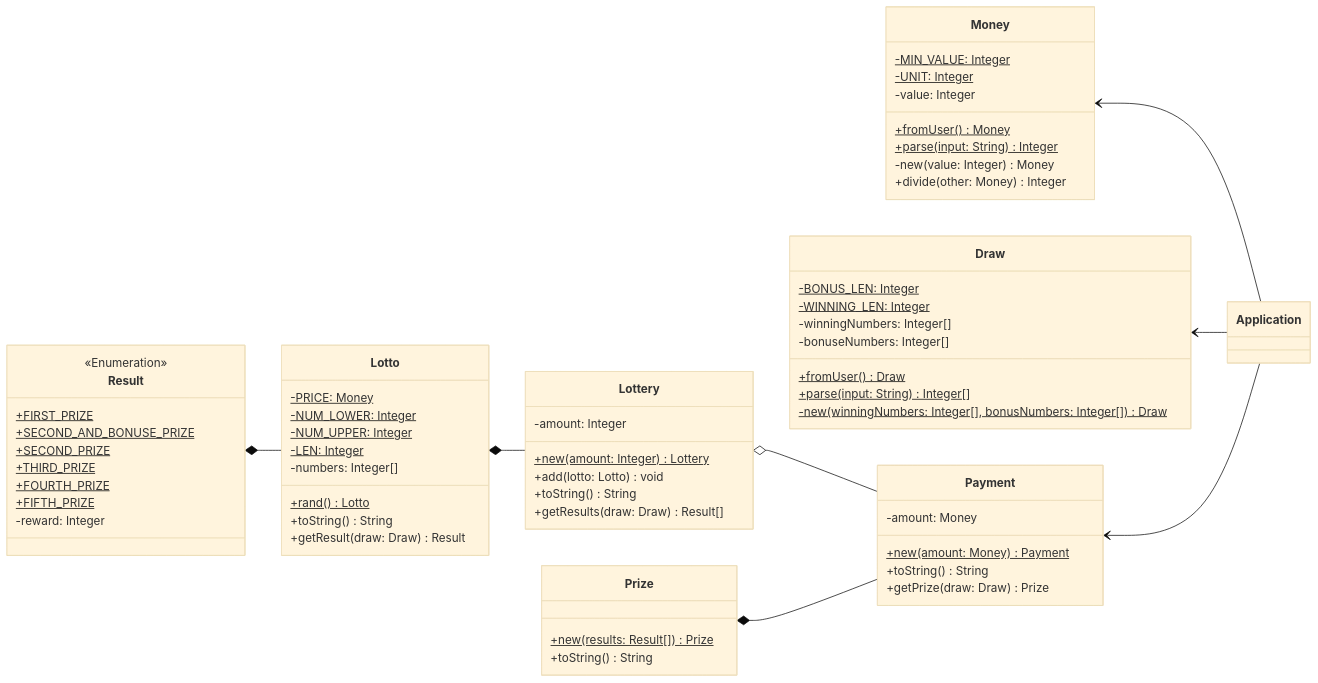
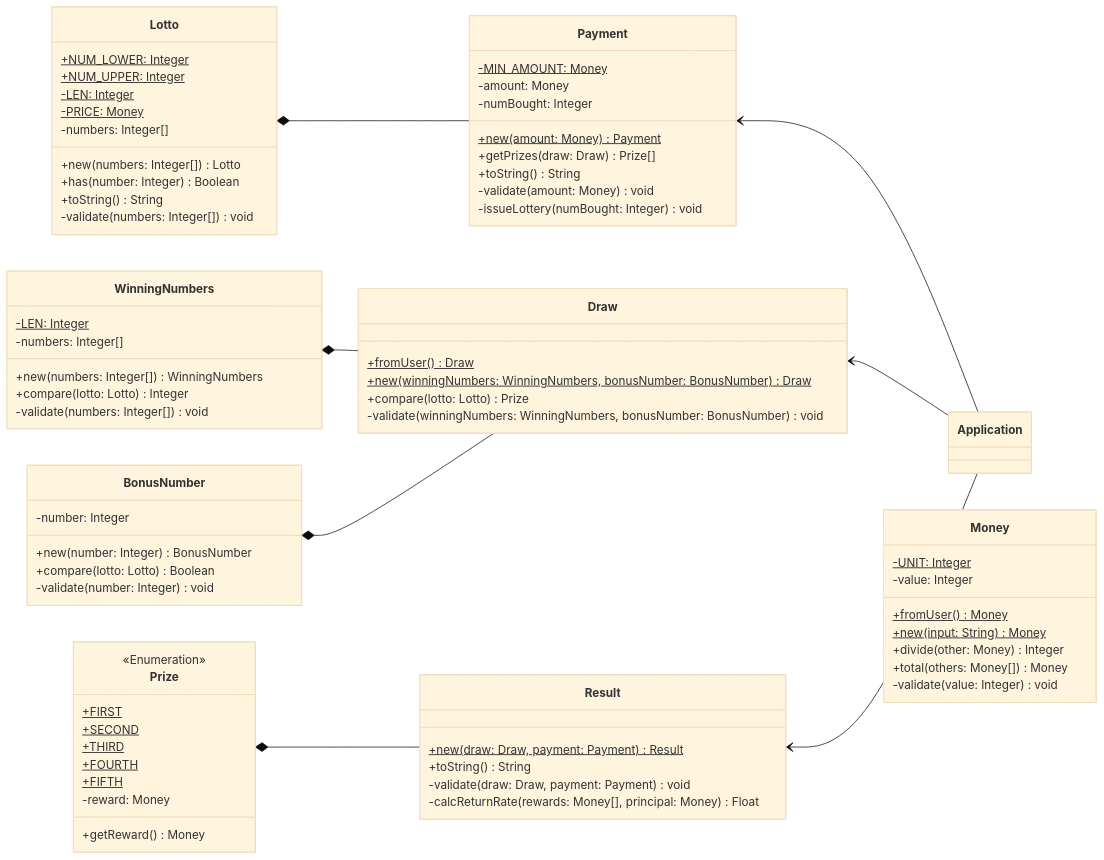
The sixth of 6 diagrams in docs/README.md (gdsc-konkuk/23-24_study_2nd_java-lotto-6), drawn with Mermaid (base theme) before and after one commit. The commit also changed other lines of this file, not shown here.

````diff
--- a/docs/README.md
+++ b/docs/README.md
@@ -292,76 +298,84 @@
 ```mermaid
 classDiagram
     direction RL
-    Application --> Money
+    Application --> Payment
     Application --> Draw
-    Application --> Payment
-    Payment --o Lottery
-    Lottery --* Lotto
-    Lotto --* Result
-    Payment --* Prize
-
-    class Application {
-    }
+    Application --> Result
+    Payment --* Lotto
+    Draw --* WinningNumbers
+    Draw --* BonusNumber
+    Result --* Prize
 
     class Money {
-        -MIN_VALUE: Integer$
         -UNIT: Integer$
         -value: Integer
         +fromUser() Money$
-        +parse(input: String) Integer$
-        -new(value: Integer) Money
+        +new(input: String) Money$
         +divide(other: Money) Integer
+        +total(others: Money[]) Money
+        -validate(value: Integer) void
     }
 
     class Payment {
+        -MIN_AMOUNT: Money$
         -amount: Money
+        -numBought: Integer
         +new(amount: Money) Payment$
+        +getPrizes(draw: Draw) Prize[]
         +toString() String
-        +getPrize(draw: Draw) Prize
-    }
-
-    class Lottery {
-        -amount: Integer
-        +new(amount: Integer) Lottery$
-        +add(lotto: Lotto) void
-        +toString() String
-        +getResults(draw: Draw) Result[]
+        -validate(amount: Money) void
+        -issueLottery(numBought: Integer) void
     }
 
     class Lotto {
+        +NUM_LOWER: Integer$
+        +NUM_UPPER: Integer$
+        -LEN: Integer$
         -PRICE: Money$
-        -NUM_LOWER: Integer$
-        -NUM_UPPER: Integer$
-        -LEN: Integer$
         -numbers: Integer[]
-        +rand() Lotto$
+        +new(numbers: Integer[]) Lotto
+        +has(number: Integer) Boolean
         +toString() String
-        +getResult(draw: Draw) Result
+        -validate(numbers: Integer[]) void
     }
 
     class Draw {
-        -BONUS_LEN: Integer$
-        -WINNING_LEN: Integer$
-        -winningNumbers: Integer[]
-        -bonuseNumbers: Integer[]
         +fromUser() Draw$
-        +parse(input: String) Integer[]$
-        -new(winningNumbers: Integer[], bonusNumbers: Integer[]) Draw$
+        +new(winningNumbers: WinningNumbers, bonusNumber: BonusNumber) Draw$
+        +compare(lotto: Lotto) Prize
+        -validate(winningNumbers: WinningNumbers, bonusNumber: BonusNumber) void
+    }
+
+    class WinningNumbers {
+        -LEN: Integer$
+        -numbers: Integer[]
+        +new(numbers: Integer[]) WinningNumbers
+        +compare(lotto: Lotto) Integer
+        -validate(numbers: Integer[]) void
+    }
+
+    class BonusNumber {
+        -number: Integer
+        +new(number: Integer) BonusNumber
+        +compare(lotto: Lotto) Boolean
+        -validate(number: Integer) void
+    }
+
+    class Prize {
+        <<Enumeration>>
+        +FIRST$
+        +SECOND$
+        +THIRD$
+        +FOURTH$
+        +FIFTH$
+        -reward: Money
+        +getReward() Money
     }
 
     class Result {
-        <<Enumeration>>
-        +FIRST_PRIZE$
-        +SECOND_AND_BONUSE_PRIZE$
-        +SECOND_PRIZE$
-        +THIRD_PRIZE$
-        +FOURTH_PRIZE$
-        +FIFTH_PRIZE$
-        -reward: Integer
-    }
-
-    class Prize {
-        +new(results: Result[]) Prize$
+        +new(draw: Draw, payment: Payment) Result$
         +toString() String
+        -validate(draw: Draw, payment: Payment) void
+        -calcReturnRate(rewards: Money[], principal: Money) Float
     }
 ```
````
